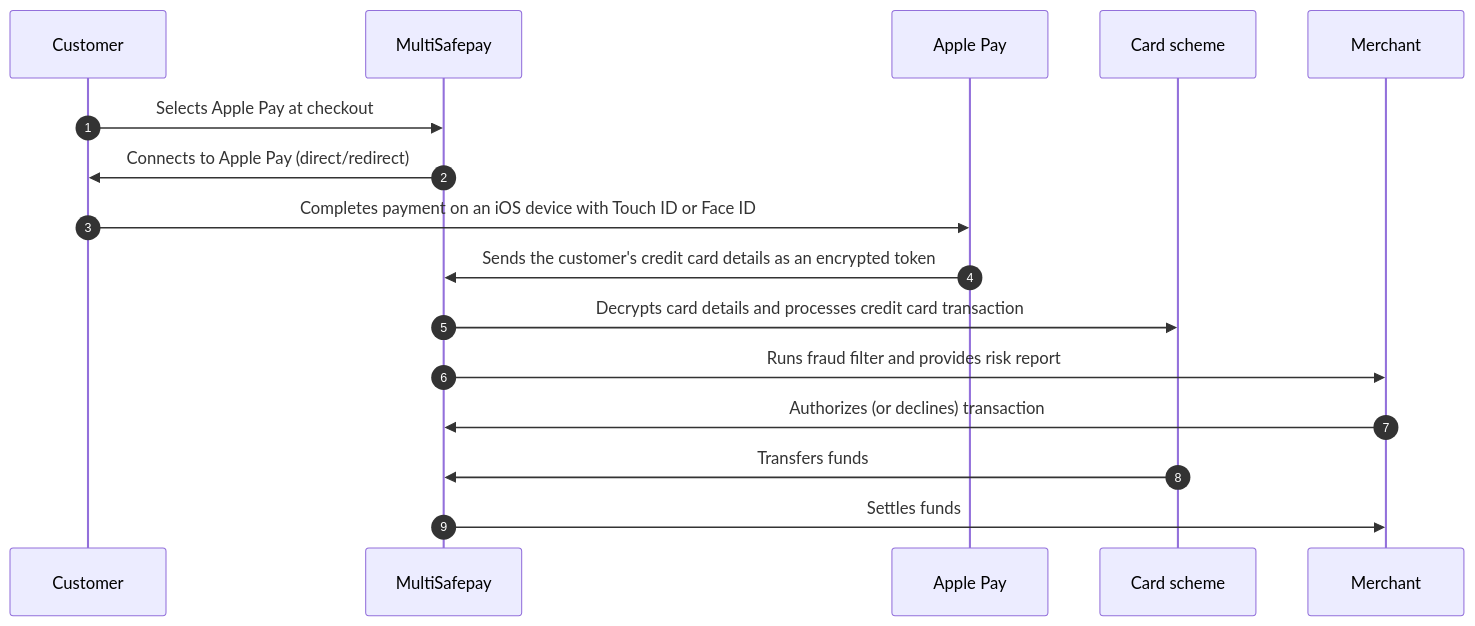
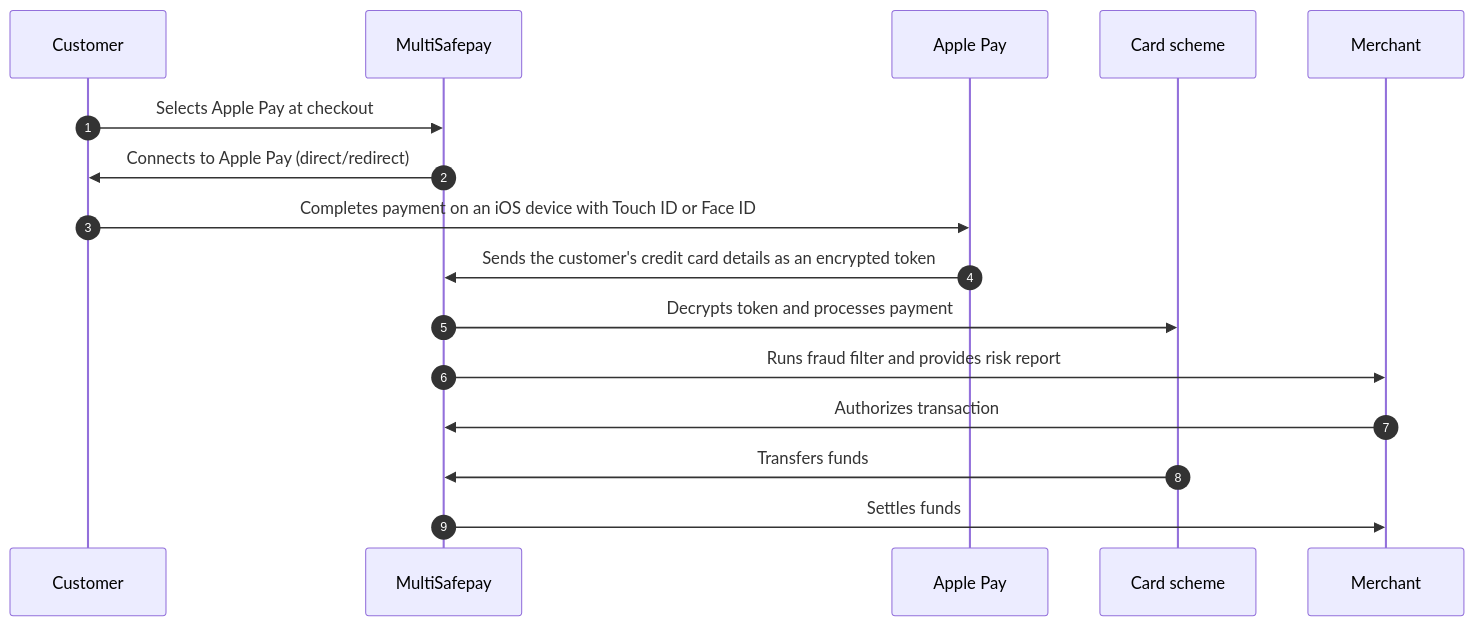
Before and after one commit to MultiSafepay/docs: the diagram in content/payments/methods/wallet/applepay/payment-flow.md, drawn with Mermaid. The commit also changed other lines of this file and 37 other files, not shown here.

```diff
--- a/content/payments/methods/wallet/applepay/payment-flow.md
+++ b/content/payments/methods/wallet/applepay/payment-flow.md
@@ -17,21 +17,21 @@
 {{< mermaid class="text-center" >}}
 
 sequenceDiagram
     autonumber
     participant C as Customer
     participant Mu as MultiSafepay
     participant A as Apple Pay
     participant CS as Card scheme
     participant Me as Merchant
 
     C->>Mu: Selects Apple Pay at checkout
     Mu->>C: Connects to Apple Pay (direct/redirect)
     C->>A: Completes payment on an iOS device with Touch ID or Face ID
     A->>Mu: Sends the customer's credit card details as an encrypted token
-    Mu->>CS: Decrypts card details and processes credit card transaction
+    Mu->>CS: Decrypts token and processes payment
     Mu->>Me: Runs fraud filter and provides risk report
-    Me->>Mu: Authorizes (or declines) transaction
+    Me->>Mu: Authorizes transaction
     CS->>Mu: Transfers funds 
     Mu->>Me: Settles funds
 
 {{< /mermaid >}}
```
